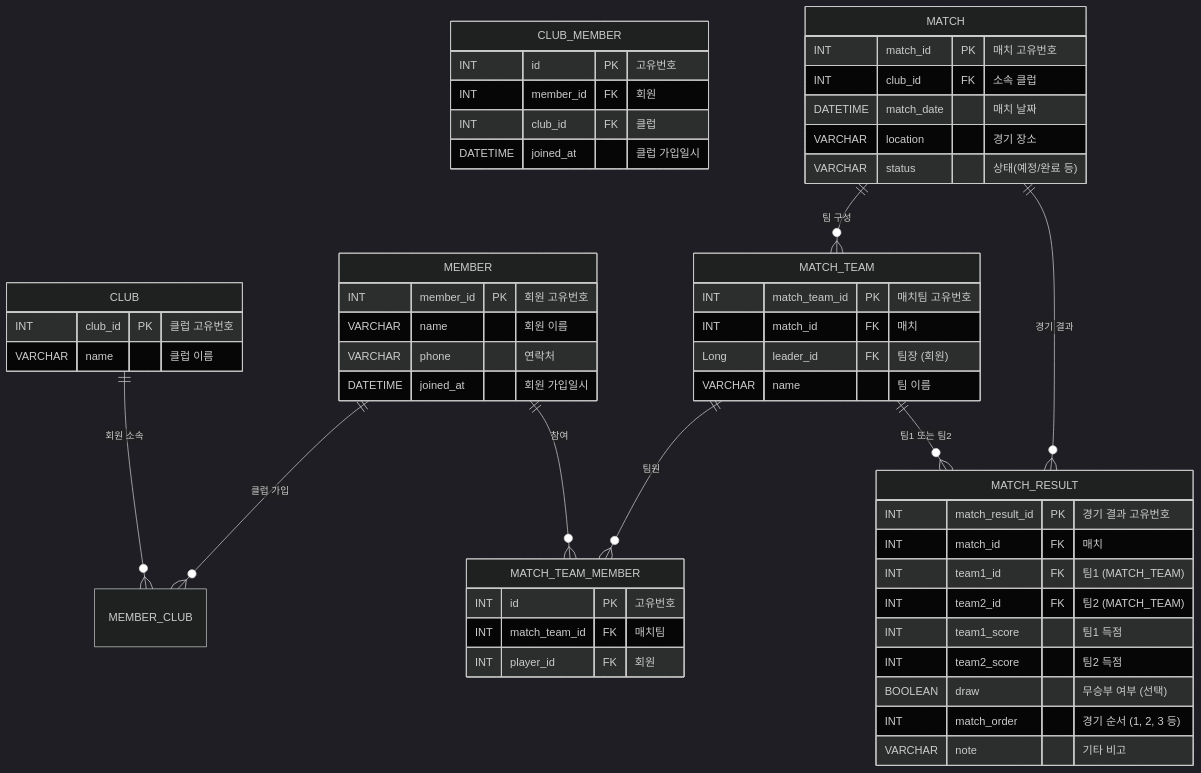
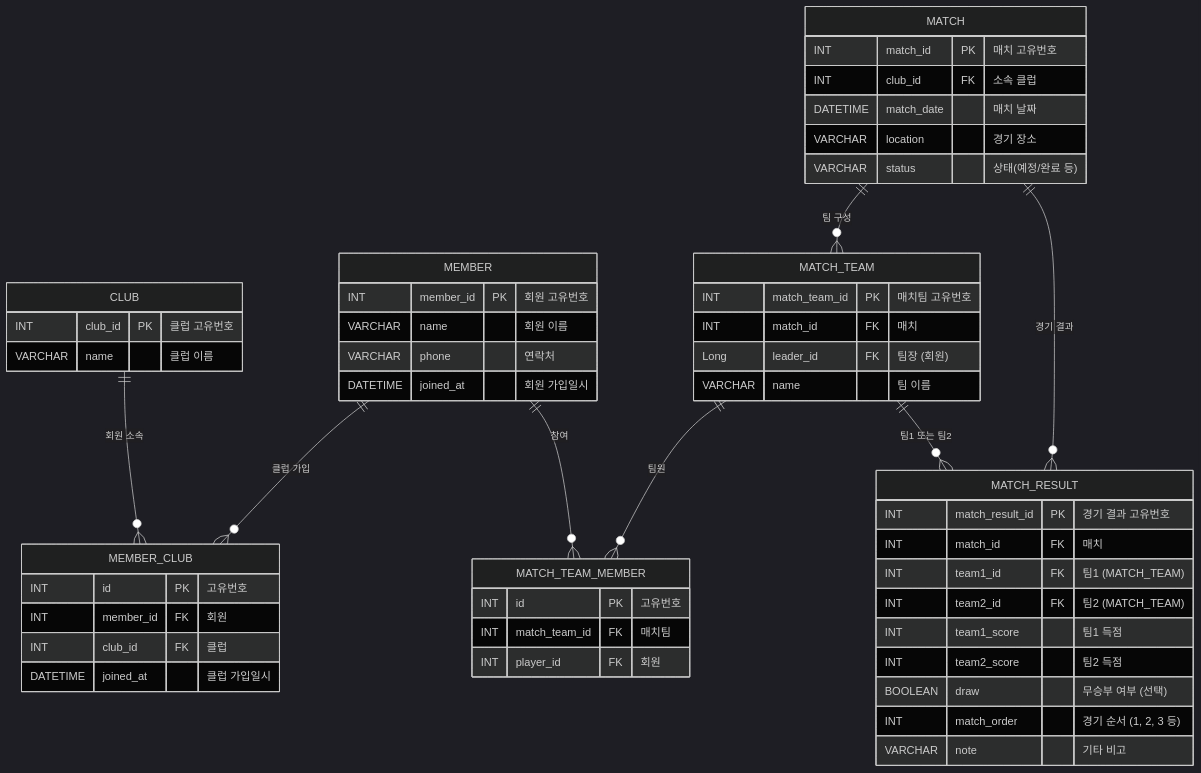
The diagram in ERD.md (fivedragon5/kick-log), drawn with Mermaid (dark theme) before and after one commit.

Commit message:
fix. 오타 수정

````diff
--- a/ERD.md
+++ b/ERD.md
@@ -2,62 +2,62 @@
 ```mermaid
     erDiagram
         CLUB {
             INT club_id PK "클럽 고유번호"
             VARCHAR name "클럽 이름"
         }
     
         MEMBER {
             INT member_id PK "회원 고유번호"
             VARCHAR name "회원 이름"
             VARCHAR phone "연락처"
             DATETIME joined_at "회원 가입일시"
         }
     
-       CLUB_MEMBER {
+       MEMBER_CLUB {
             INT id PK "고유번호"
             INT member_id FK "회원"
             INT club_id FK "클럽"
             DATETIME joined_at "클럽 가입일시"
         }
  
         MATCH {
             INT match_id PK "매치 고유번호"
             INT club_id FK "소속 클럽"
             DATETIME match_date "매치 날짜"
             VARCHAR location "경기 장소"
             VARCHAR status "상태(예정/완료 등)"
         }
     
         MATCH_TEAM {
             INT match_team_id PK "매치팀 고유번호"
             INT match_id FK "매치"
             Long leader_id FK "팀장 (회원)"
             VARCHAR name "팀 이름"
         }
     
         MATCH_TEAM_MEMBER {
             INT id PK "고유번호"
             INT match_team_id FK "매치팀"
             INT player_id FK "회원"
         }
     
         MATCH_RESULT {
             INT match_result_id PK "경기 결과 고유번호"
             INT match_id FK "매치"
             INT team1_id FK "팀1 (MATCH_TEAM)"
             INT team2_id FK "팀2 (MATCH_TEAM)"
             INT team1_score "팀1 득점"
             INT team2_score "팀2 득점"
             BOOLEAN draw "무승부 여부 (선택)"
             INT match_order "경기 순서 (1, 2, 3 등)" 
             VARCHAR note "기타 비고"
         }
 
         CLUB ||--o{ MEMBER_CLUB : "회원 소속"
         MEMBER ||--o{ MEMBER_CLUB : "클럽 가입"
         MATCH ||--o{ MATCH_TEAM : "팀 구성"
         MATCH_TEAM ||--o{ MATCH_TEAM_MEMBER : "팀원"
         MEMBER ||--o{ MATCH_TEAM_MEMBER : "참여"
         MATCH ||--o{ MATCH_RESULT : "경기 결과"
         MATCH_TEAM ||--o{ MATCH_RESULT : "팀1 또는 팀2"
 ```
````
